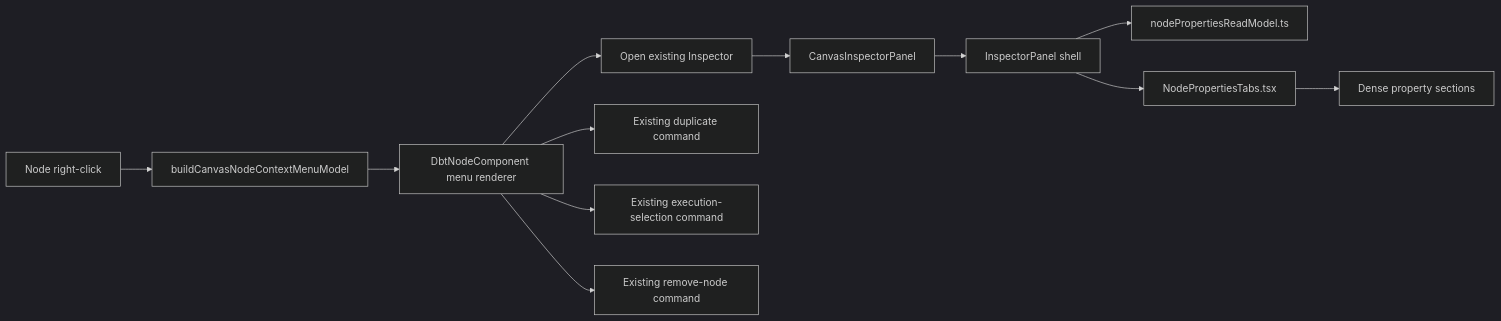
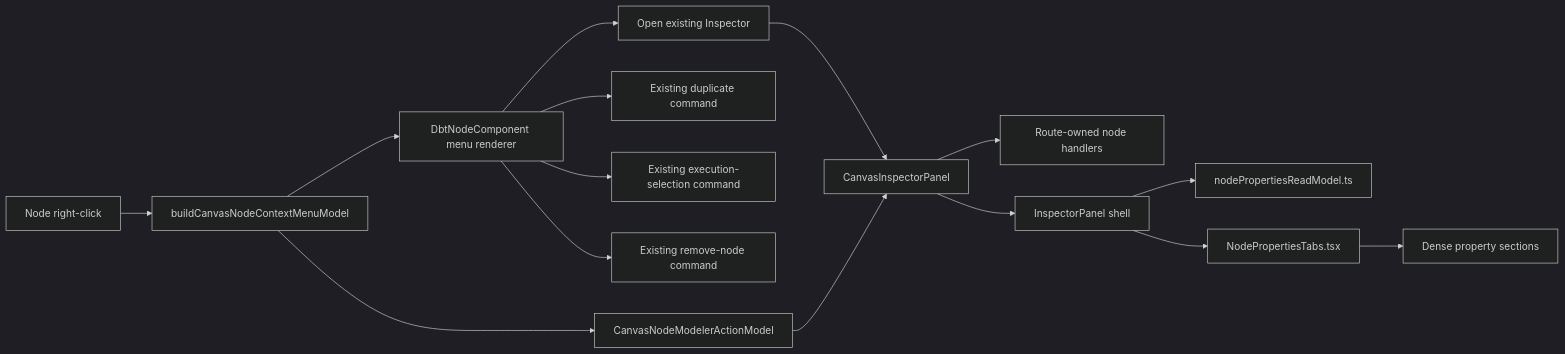
The second of 2 diagrams in docs/planning/proposals/mandatory/frontend-and-ux/canvas-node-context-properties-panel-plan-20260604.md (dunay2/dvt), drawn with Mermaid (dark theme) before and after one commit. The commit also changed other lines of this file and 13 other files, not shown here.

Commit message:
feat(web): Add inspector modeler node actions

````diff
--- a/docs/planning/proposals/mandatory/frontend-and-ux/canvas-node-context-properties-panel-plan-20260604.md
+++ b/docs/planning/proposals/mandatory/frontend-and-ux/canvas-node-context-properties-panel-plan-20260604.md
@@ -77,14 +77,17 @@
 ```mermaid
 flowchart LR
   NodeGesture["Node right-click"] --> NodeModel["buildCanvasNodeContextMenuModel"]
   NodeModel --> NodeMenu["DbtNodeComponent menu renderer"]
+  NodeModel --> PanelActions["CanvasNodeModelerActionModel"]
   NodeMenu --> Inspect["Open existing Inspector"]
   NodeMenu --> Duplicate["Existing duplicate command"]
   NodeMenu --> Toggle["Existing execution-selection command"]
   NodeMenu --> Remove["Existing remove-node command"]
   Inspect --> Inspector["CanvasInspectorPanel"]
+  PanelActions --> Inspector
+  Inspector --> ExistingHandlers["Route-owned node handlers"]
   Inspector --> Passive["InspectorPanel shell"]
   Passive --> ReadModel["nodePropertiesReadModel.ts"]
   Passive --> Tabs["NodePropertiesTabs.tsx"]
   Tabs --> DenseRows["Dense property sections"]
 ```
````
